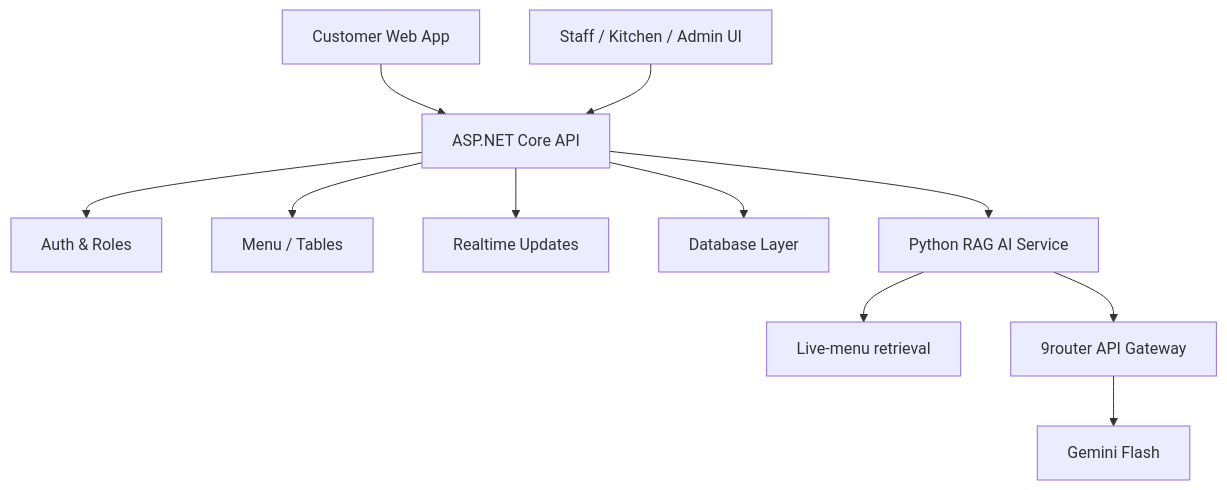
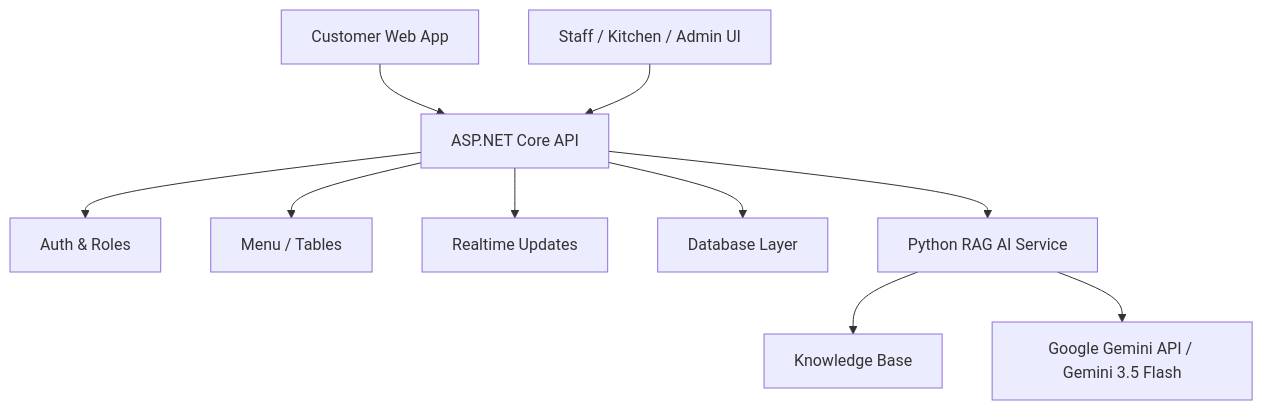
Before and after one commit to Anpham120/restaurant-qr-ai-ordering: the second of 2 diagrams in README.md, drawn with Mermaid. The commit also changed other lines of this file and 575 other files, not shown here.

````diff
--- a/README.md
+++ b/README.md
@@ -77,13 +77,12 @@
 ```mermaid
 flowchart TB
   Customer["Customer Web App"] --> API["ASP.NET Core API"]
   Staff["Staff / Kitchen / Admin UI"] --> API
   API --> Auth["Auth & Roles"]
   API --> Menu["Menu / Tables"]
   API --> Realtime["Realtime Updates"]
   API --> Data["Database Layer"]
   API --> AiService["Python RAG AI Service"]
-  AiService --> RAG["Live-menu retrieval"]
-  AiService --> Router["9router API Gateway"]
-  Router --> Gemini["Gemini Flash"]
+  AiService --> RAG["Knowledge Base"]
+  AiService --> Gemini["Google Gemini API / Gemini 3.5 Flash"]
 ```
````
